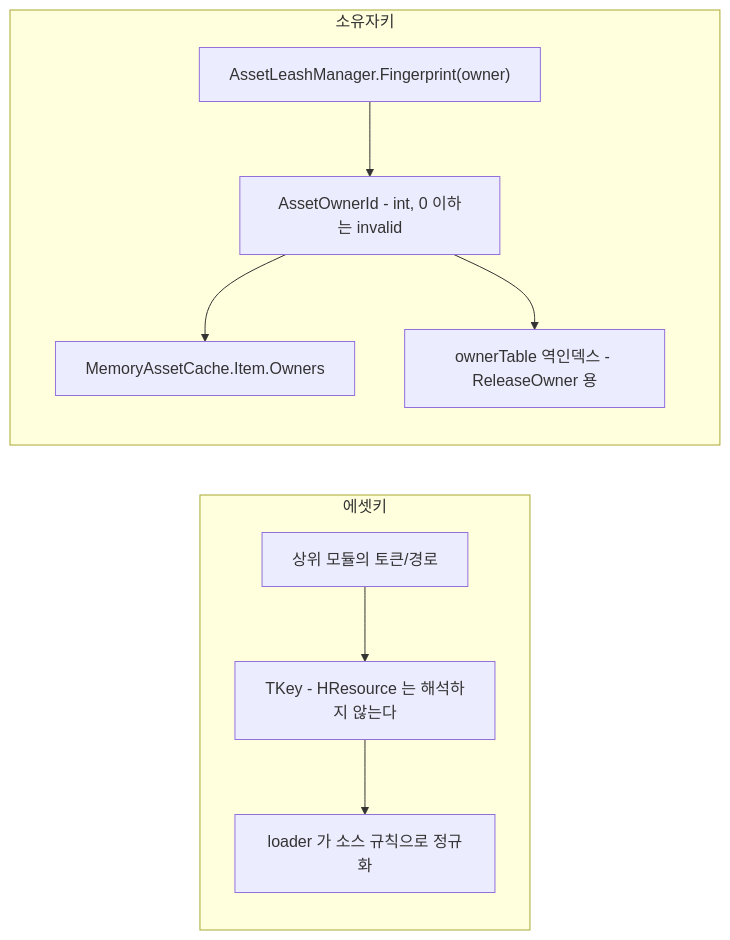
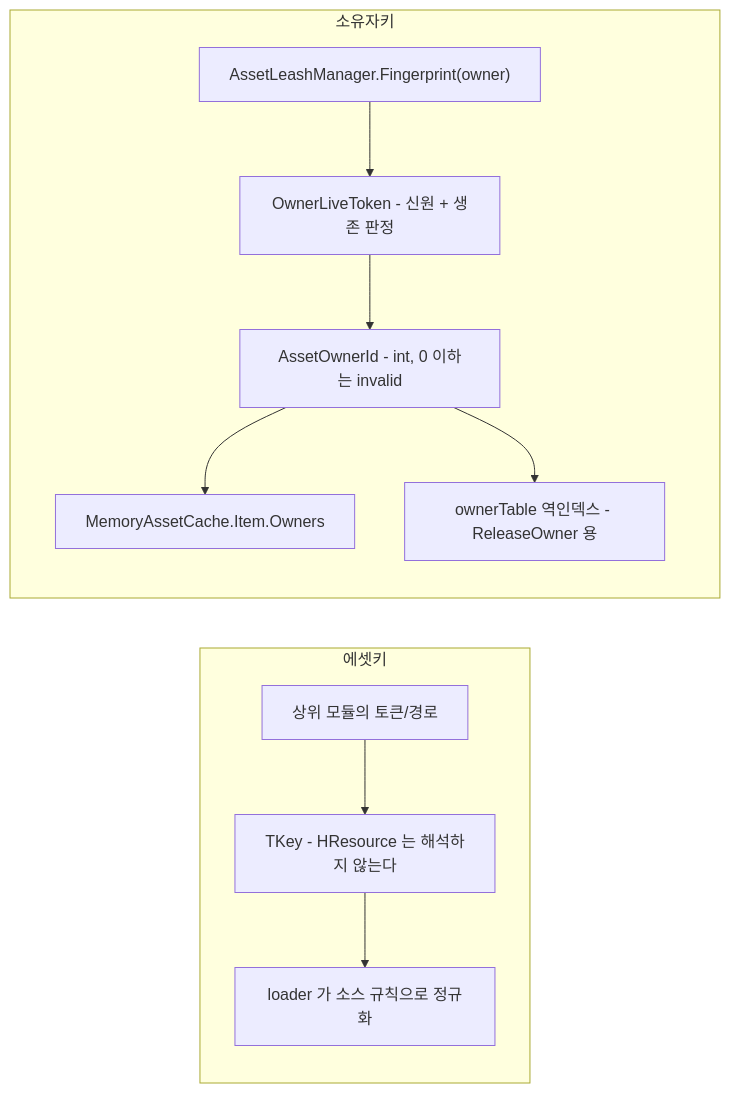
One commit to HoHong123/HCUP-Unity changed the third of 3 diagrams in HResource/Runtime/README.md. Above: the diagram before and after it, drawn with Mermaid. The commit also changed other lines of this file, not shown here.

````diff
--- a/HResource/Runtime/README.md
+++ b/HResource/Runtime/README.md
@@ -200,12 +205,13 @@
 ```mermaid
 flowchart LR
     subgraph 에셋키
     K1["상위 모듈의 토큰/경로"] --> K2["TKey - HResource 는 해석하지 않는다"]
     K2 --> K3["loader 가 소스 규칙으로 정규화"]
     end
     subgraph 소유자키
-    O1["AssetLeashManager.Fingerprint(owner)"] --> O2["AssetOwnerId - int, 0 이하는 invalid"]
+    O1["AssetLeashManager.Fingerprint(owner)"] --> OT["OwnerLiveToken - 신원 + 생존 판정"]
+    OT --> O2["AssetOwnerId - int, 0 이하는 invalid"]
     O2 --> O3["MemoryAssetCache.Item.Owners"]
     O2 --> O4["ownerTable 역인덱스 - ReleaseOwner 용"]
     end
 ```
````
